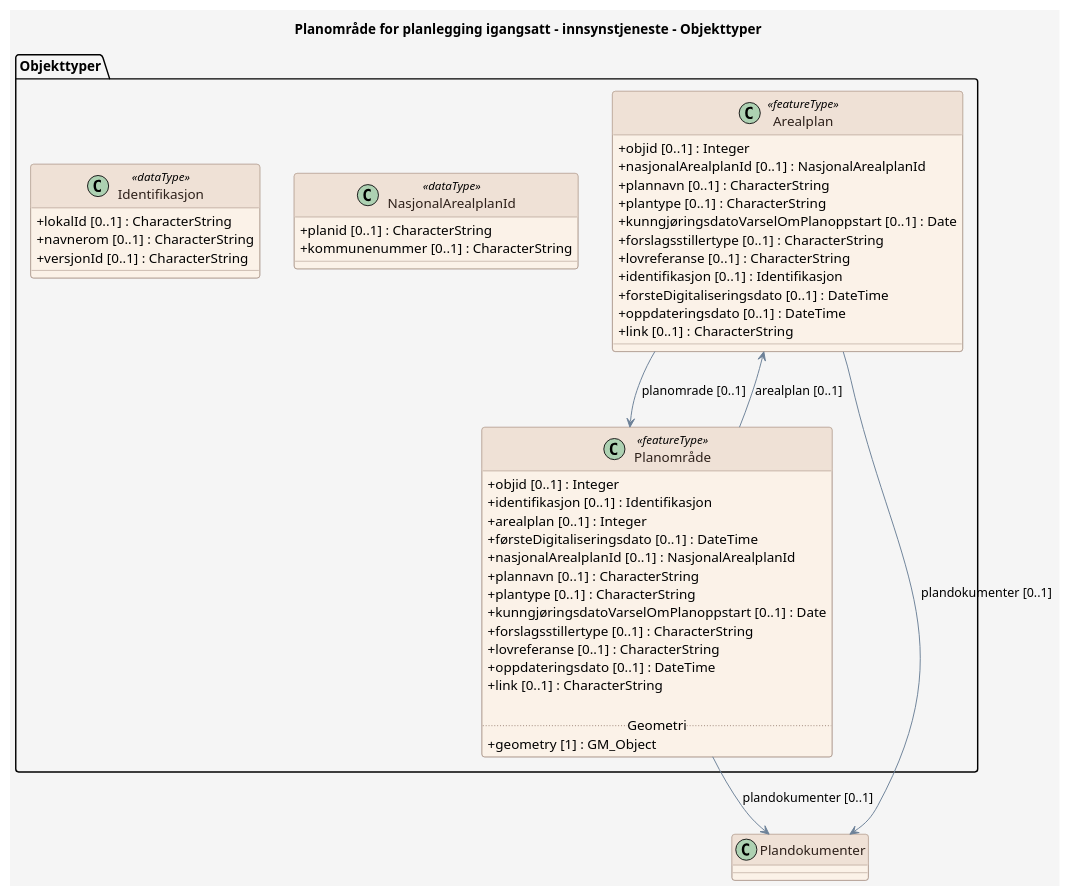
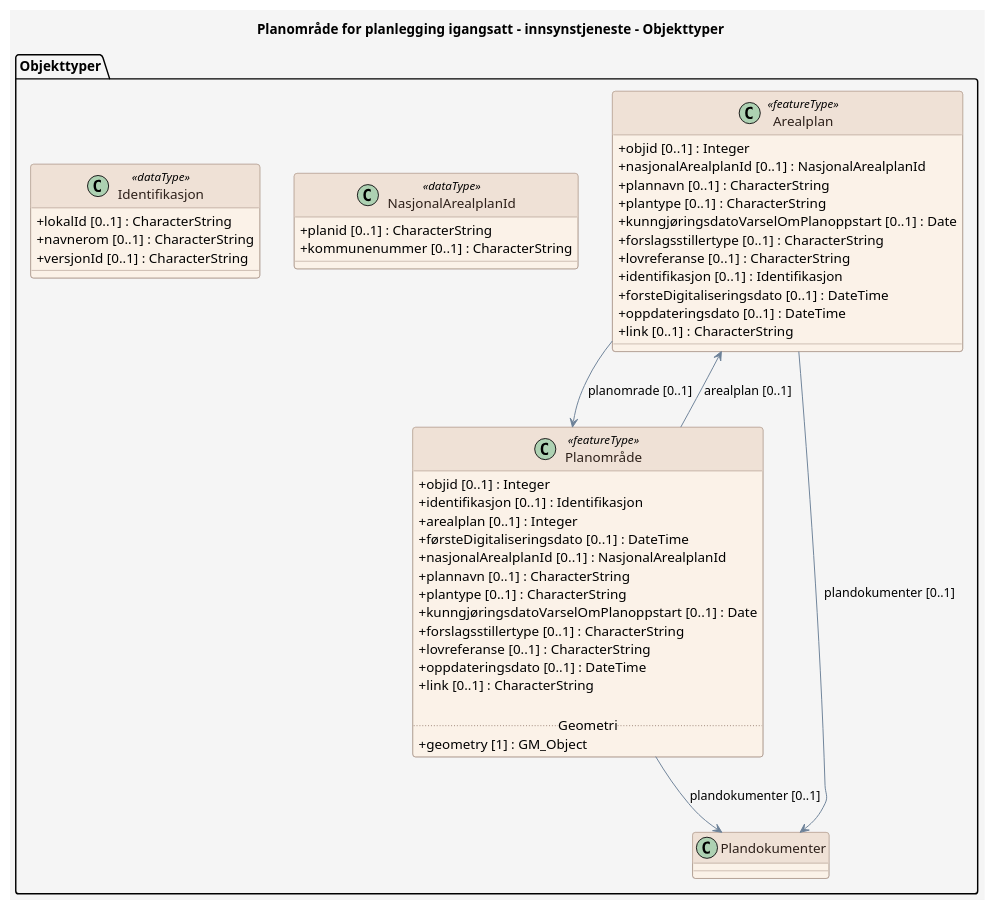
Before and after one commit to Arkitektum/produktspesifikasjon_plandata: the diagram in produktspesifikasjon/planleggingigangsatt/innsynstjeneste/innsynstjeneste_feature_catalogue.puml, drawn with PlantUML. The commit also changed 2 other files, not shown here.

```diff
--- a/produktspesifikasjon/planleggingigangsatt/innsynstjeneste/innsynstjeneste_feature_catalogue.puml
+++ b/produktspesifikasjon/planleggingigangsatt/innsynstjeneste/innsynstjeneste_feature_catalogue.puml
@@ -1,76 +1,79 @@
 @startuml
 title Planområde for planlegging igangsatt - innsynstjeneste - Objekttyper
 
 skinparam backgroundColor #F5F5F5
 skinparam shadowing false
 skinparam RoundCorner 6
 skinparam ArrowColor #6C8198
 skinparam class {
   BackgroundColor #FBF2E8
   BorderColor #9C8578
   FontColor #2D201A
   HeaderBackgroundColor #EFE1D6
   HeaderFontColor #2D201A
   AttributeIconSize 0
 }
 skinparam note {
   BackgroundColor #FFFFFF
   BorderColor #6C8198
   FontColor #2D201A
 }
 skinparam stereotypeCBackgroundColor #EAD9CE
 skinparam stereotypeCBorderColor #9C8578
 skinparam stereotypeCFontColor #2D201A
 
 package "Objekttyper" {
 
   class Arealplan <<featureType>> {
     + objid [0..1] : Integer
     + nasjonalArealplanId [0..1] : NasjonalArealplanId
     + plannavn [0..1] : CharacterString
     + plantype [0..1] : CharacterString
     + kunngjøringsdatoVarselOmPlanoppstart [0..1] : Date
     + forslagsstillertype [0..1] : CharacterString
     + lovreferanse [0..1] : CharacterString
     + identifikasjon [0..1] : Identifikasjon
     + forsteDigitaliseringsdato [0..1] : DateTime
     + oppdateringsdato [0..1] : DateTime
     + link [0..1] : CharacterString
   }
 
   class "Planområde" as Planomr_de <<featureType>> {
     + objid [0..1] : Integer
     + identifikasjon [0..1] : Identifikasjon
     + arealplan [0..1] : Integer
     + førsteDigitaliseringsdato [0..1] : DateTime
     + nasjonalArealplanId [0..1] : NasjonalArealplanId
     + plannavn [0..1] : CharacterString
     + plantype [0..1] : CharacterString
     + kunngjøringsdatoVarselOmPlanoppstart [0..1] : Date
     + forslagsstillertype [0..1] : CharacterString
     + lovreferanse [0..1] : CharacterString
     + oppdateringsdato [0..1] : DateTime
     + link [0..1] : CharacterString
 
     ..Geometri..
     + geometry [1] : GM_Object
   }
 
   class NasjonalArealplanId <<dataType>> {
     + planid [0..1] : CharacterString
     + kommunenummer [0..1] : CharacterString
   }
 
   class Identifikasjon <<dataType>> {
     + lokalId [0..1] : CharacterString
     + navnerom [0..1] : CharacterString
     + versjonId [0..1] : CharacterString
   }
+
+  class Plandokumenter {
+  }
 }
 
   Arealplan --> Planomr_de : planomrade [0..1]
   Arealplan --> Plandokumenter : plandokumenter [0..1]
   Planomr_de --> Arealplan : arealplan [0..1]
   Planomr_de --> Plandokumenter : plandokumenter [0..1]
 
 @enduml
```
